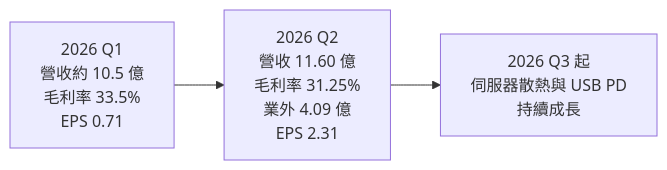
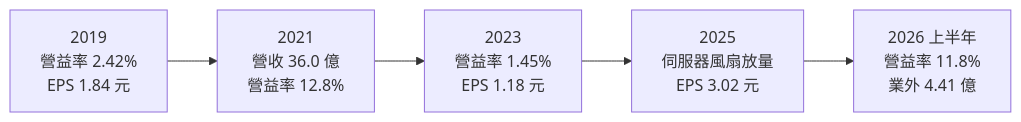
One commit to wangnick1004/taiwan-stock-vault changed the third of 4 diagrams in 個股/台股/2436偉詮電.md. Above: the diagram before and after it, drawn with Mermaid. The commit also changed other lines of this file and 12 other files, not shown here.

````diff
--- a/個股/台股/2436偉詮電.md
+++ b/個股/台股/2436偉詮電.md
@@ -134,4 +143,4 @@
 ```mermaid
 flowchart LR
-    Q1["2026 Q1<br/>營收約 10.5 億<br/>毛利率 33.5%<br/>EPS 0.71"] --> Q2["2026 Q2<br/>營收 11.60 億<br/>毛利率 31.25%<br/>業外 4.09 億<br/>EPS 2.31"] --> Q3["2026 Q3 起<br/>伺服器散熱與 USB PD<br/>持續成長"]
+    Y19["2019<br/>營益率 2.42%<br/>EPS 1.84 元"] --> Y21["2021<br/>營收 36.0 億<br/>營益率 12.8%"] --> Y23["2023<br/>營益率 1.45%<br/>EPS 1.18 元"] --> Y25["2025<br/>伺服器風扇放量<br/>EPS 3.02 元"] --> H26["2026 上半年<br/>營益率 11.8%<br/>業外 4.41 億"]
 ```
````
